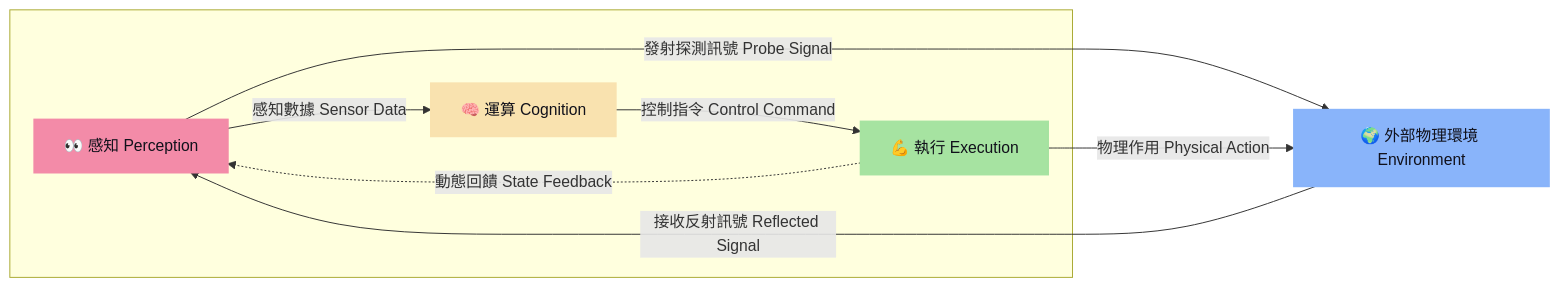
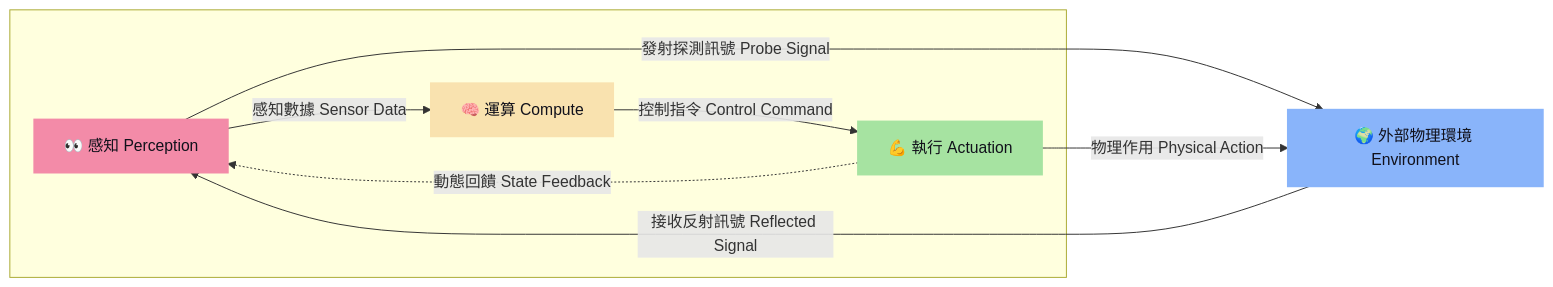
The first of 2 diagrams in CH1-1_The_Robot_Anatomy.md (weilingwu772/guide-repo), drawn with Mermaid before and after one commit. The commit also changed other lines of this file and 4 other files, not shown here.

````diff
--- a/CH1-1_The_Robot_Anatomy.md
+++ b/CH1-1_The_Robot_Anatomy.md
@@ -10,27 +10,27 @@
 ```mermaid
 graph LR
     subgraph Robot[" "]
     Sensory["👀 感知 Perception"]:::sensory
-    Compute["🧠 運算 Cognition"]:::brain
-    Execution["💪 執行 Execution"]:::muscle
+    Compute["🧠 運算 Compute"]:::brain
+    Execution["💪 執行 Actuation"]:::muscle
     end
 
     Env["🌍 外部物理環境 Environment"]:::env
 
     %% 內部控制流
     Sensory -->|感知數據 Sensor Data| Compute
     Compute -->|控制指令 Control Command| Execution
     Execution -. 動態回饋 State Feedback .-> Sensory
 
     %% 與外部環境互動
     Sensory -->|發射探測訊號 Probe Signal| Env
     Env -->|接收反射訊號 Reflected Signal| Sensory
     Execution -->|物理作用 Physical Action| Env
 
     %% 樣式
     classDef default fill:#1e1e2e,stroke:#cdd6f4,stroke-width:2px,color:#cdd6f4;
     classDef sensory fill:#f38ba8,stroke:#f38ba8,stroke-width:2px,color:#11111b;
     classDef brain fill:#f9e2af,stroke:#f9e2af,stroke-width:2px,color:#11111b;
     classDef muscle fill:#a6e3a1,stroke:#a6e3a1,stroke-width:2px,color:#11111b;
     classDef env fill:#89b4fa,stroke:#89b4fa,stroke-width:2px,color:#11111b;
 ```
````
